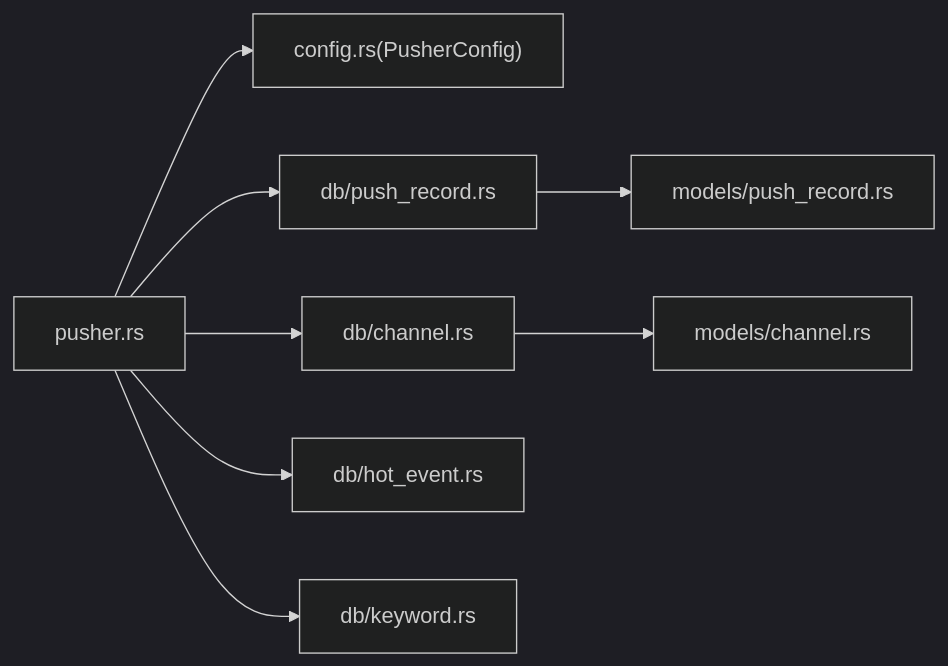
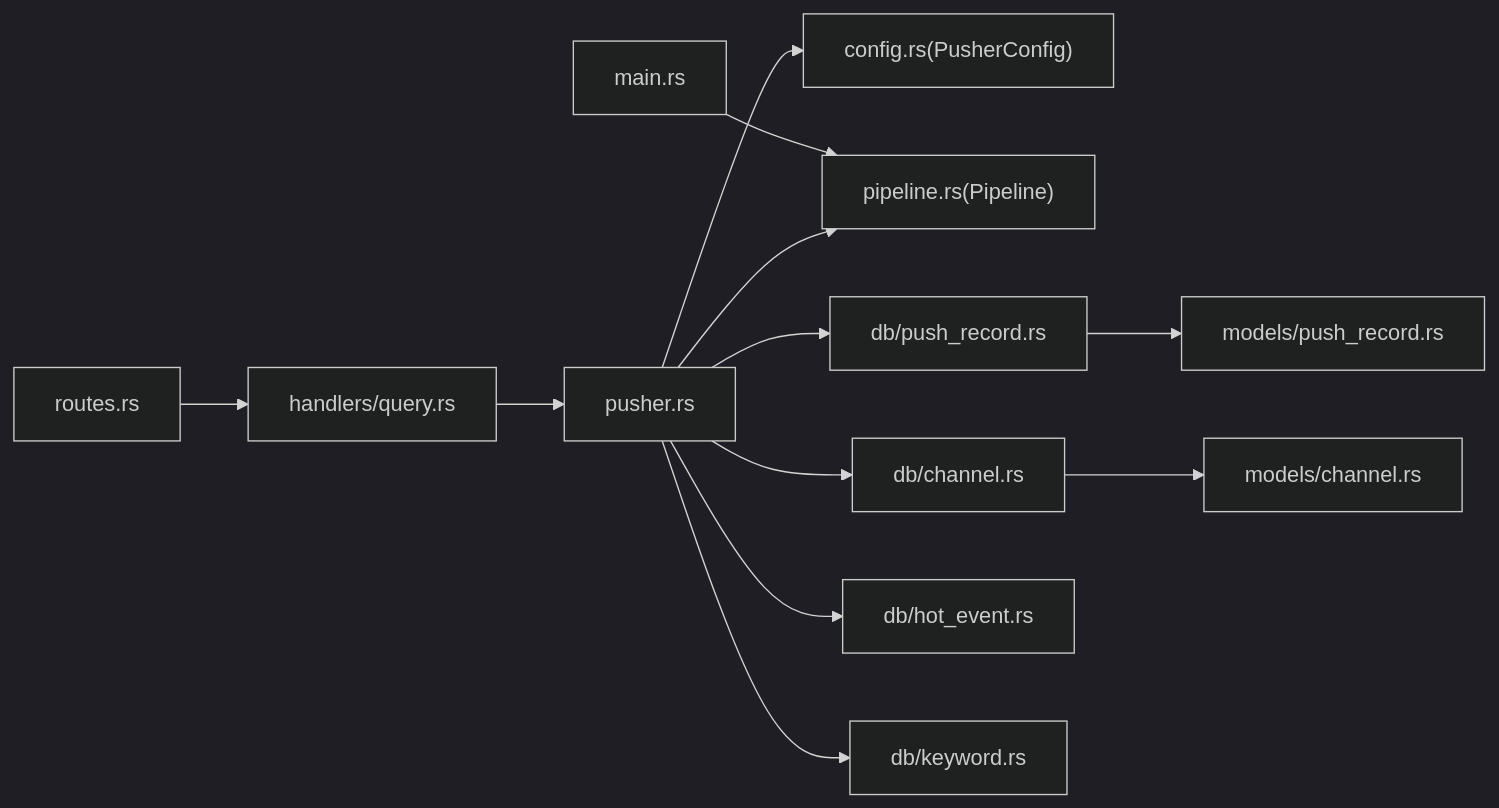
One commit to leimu-hue/AI-Trend-Tool changed the seventh of 7 diagrams in .qoder/repowiki/zh/content/核心模块详解/推送服务模块（Pusher）/推送服务模块（Pusher）.md. Above: the diagram before and after it, drawn with Mermaid (dark theme). The commit also changed other lines of this file and 74 other files, not shown here.

````diff
--- a/.qoder/repowiki/zh/content/核心模块详解/推送服务模块（Pusher）/推送服务模块（Pusher）.md
+++ b/.qoder/repowiki/zh/content/核心模块详解/推送服务模块（Pusher）/推送服务模块（Pusher）.md
@@ -328,10 +376,14 @@
 ```mermaid
 graph LR
 Pusher["pusher.rs"] --> Config["config.rs(PusherConfig)"]
+Pusher --> Pipeline["pipeline.rs(Pipeline)"]
 Pusher --> DBR["db/push_record.rs"]
 Pusher --> DBC["db/channel.rs"]
 Pusher --> DBH["db/hot_event.rs"]
 Pusher --> DBK["db/keyword.rs"]
 DBR --> MR["models/push_record.rs"]
 DBC --> MC["models/channel.rs"]
+Main["main.rs"] --> Pipeline
+Routes["routes.rs"] --> Handler["handlers/query.rs"]
+Handler --> Pusher
 ```
````
